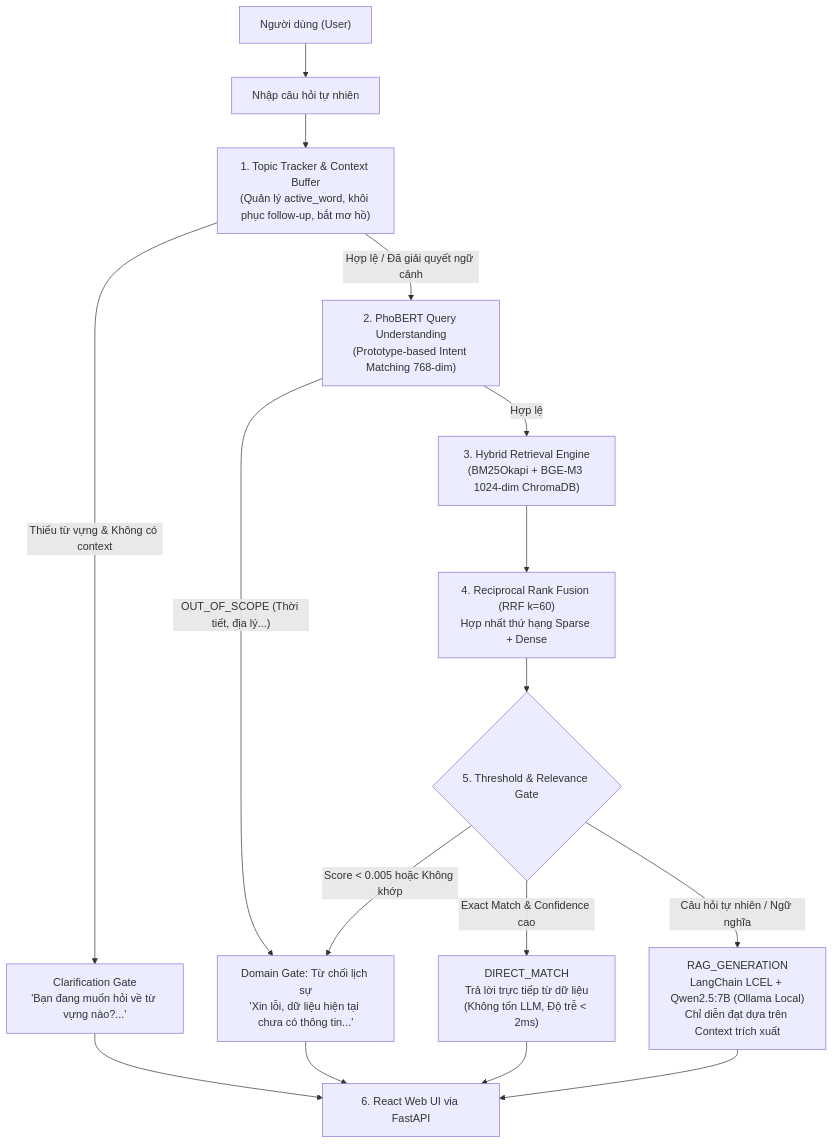
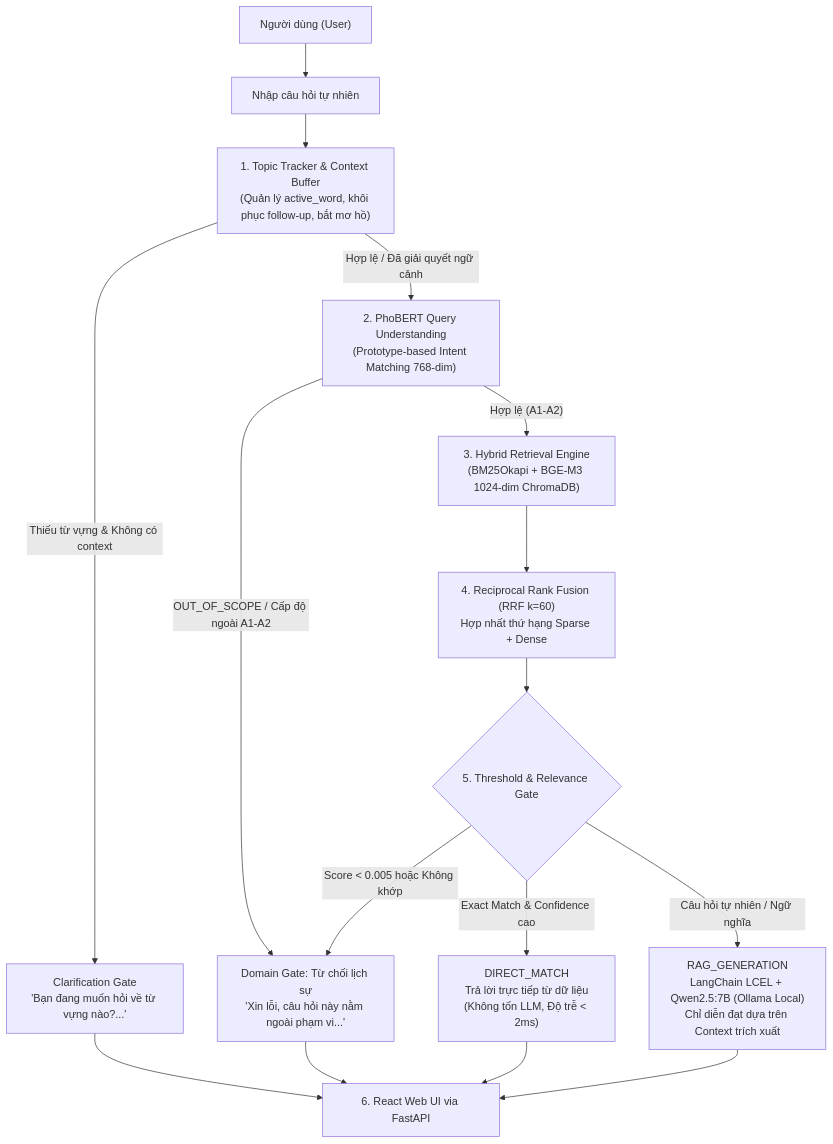
The diagram in README.md (vmm2302/chatbox2.0), drawn with Mermaid before and after one commit. The commit also changed other lines of this file and 51 other files, not shown here.

````diff
--- a/README.md
+++ b/README.md
@@ -13,26 +13,26 @@
 ```mermaid
 flowchart TD
     User["Người dùng (User)"] --> Input["Nhập câu hỏi tự nhiên"]
     Input --> TopicTracker["1. Topic Tracker & Context Buffer<br/>(Quản lý active_word, khôi phục follow-up, bắt mơ hồ)"]
     
     TopicTracker -- "Thiếu từ vựng & Không có context" --> Clarification["Clarification Gate<br/>'Bạn đang muốn hỏi về từ vựng nào?...'"]
     
     TopicTracker -- "Hợp lệ / Đã giải quyết ngữ cảnh" --> IntentNLU["2. PhoBERT Query Understanding<br/>(Prototype-based Intent Matching 768-dim)"]
     
-    IntentNLU -- "OUT_OF_SCOPE (Thời tiết, địa lý...)" --> Rejection["Domain Gate: Từ chối lịch sự<br/>'Xin lỗi, dữ liệu hiện tại chưa có thông tin...'"]
+    IntentNLU -- "OUT_OF_SCOPE / Cấp độ ngoài A1-A2" --> Rejection["Domain Gate: Từ chối lịch sự<br/>'Xin lỗi, câu hỏi này nằm ngoài phạm vi...'"]
     
-    IntentNLU -- "Hợp lệ" --> HybridRetriever["3. Hybrid Retrieval Engine<br/>(BM25Okapi + BGE-M3 1024-dim ChromaDB)"]
+    IntentNLU -- "Hợp lệ (A1-A2)" --> HybridRetriever["3. Hybrid Retrieval Engine<br/>(BM25Okapi + BGE-M3 1024-dim ChromaDB)"]
     
     HybridRetriever --> RRF["4. Reciprocal Rank Fusion (RRF k=60)<br/>Hợp nhất thứ hạng Sparse + Dense"]
     
     RRF --> Gate{"5. Threshold & Relevance Gate"}
     
     Gate -- "Score < 0.005 hoặc Không khớp" --> Rejection
     Gate -- "Exact Match & Confidence cao" --> DirectAnswer["DIRECT_MATCH<br/>Trả lời trực tiếp từ dữ liệu<br/>(Không tốn LLM, Độ trễ < 2ms)"]
     Gate -- "Câu hỏi tự nhiên / Ngữ nghĩa" --> GroundedLLM["RAG_GENERATION<br/>LangChain LCEL + Qwen2.5:7B (Ollama Local)<br/>Chỉ diễn đạt dựa trên Context trích xuất"]
     
     DirectAnswer --> ResponseUI["6. React Web UI via FastAPI"]
     GroundedLLM --> ResponseUI
     Clarification --> ResponseUI
     Rejection --> ResponseUI
 ```
````
